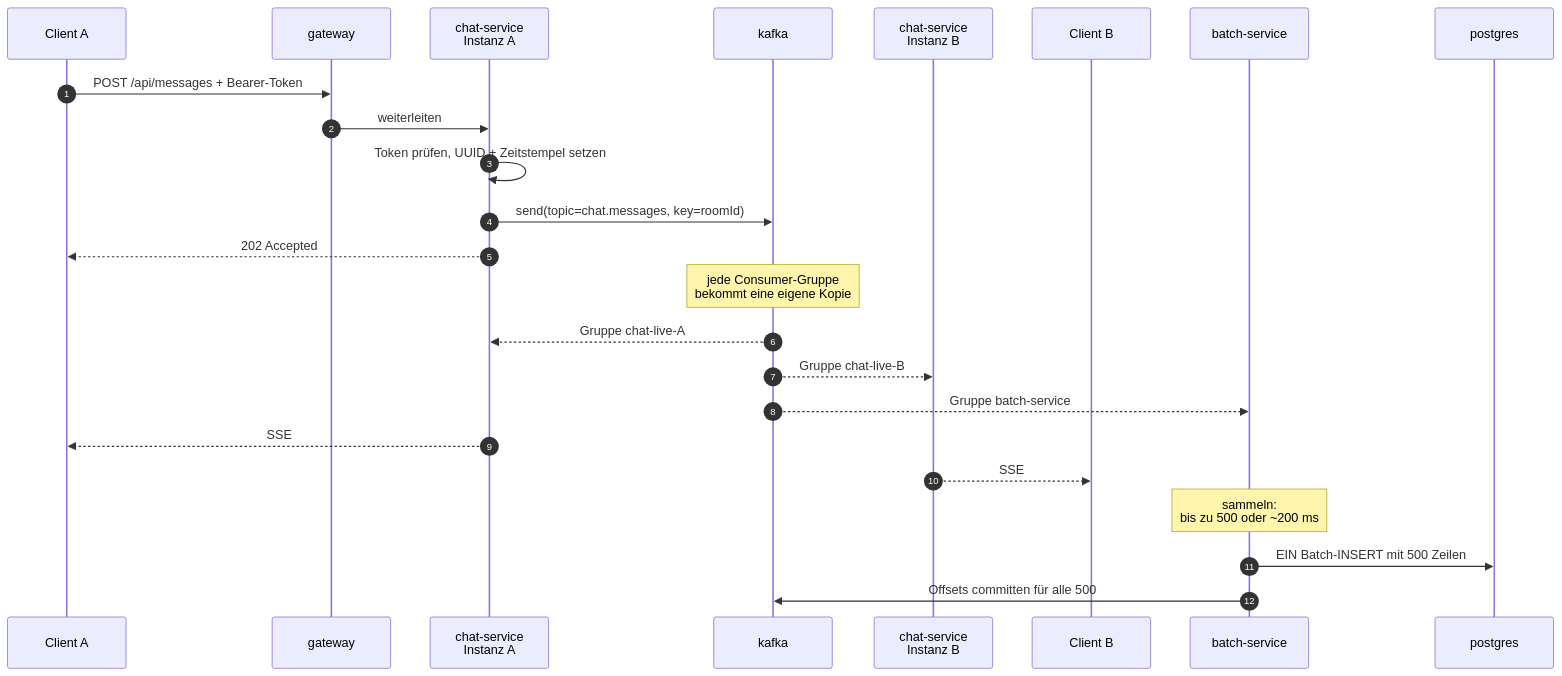
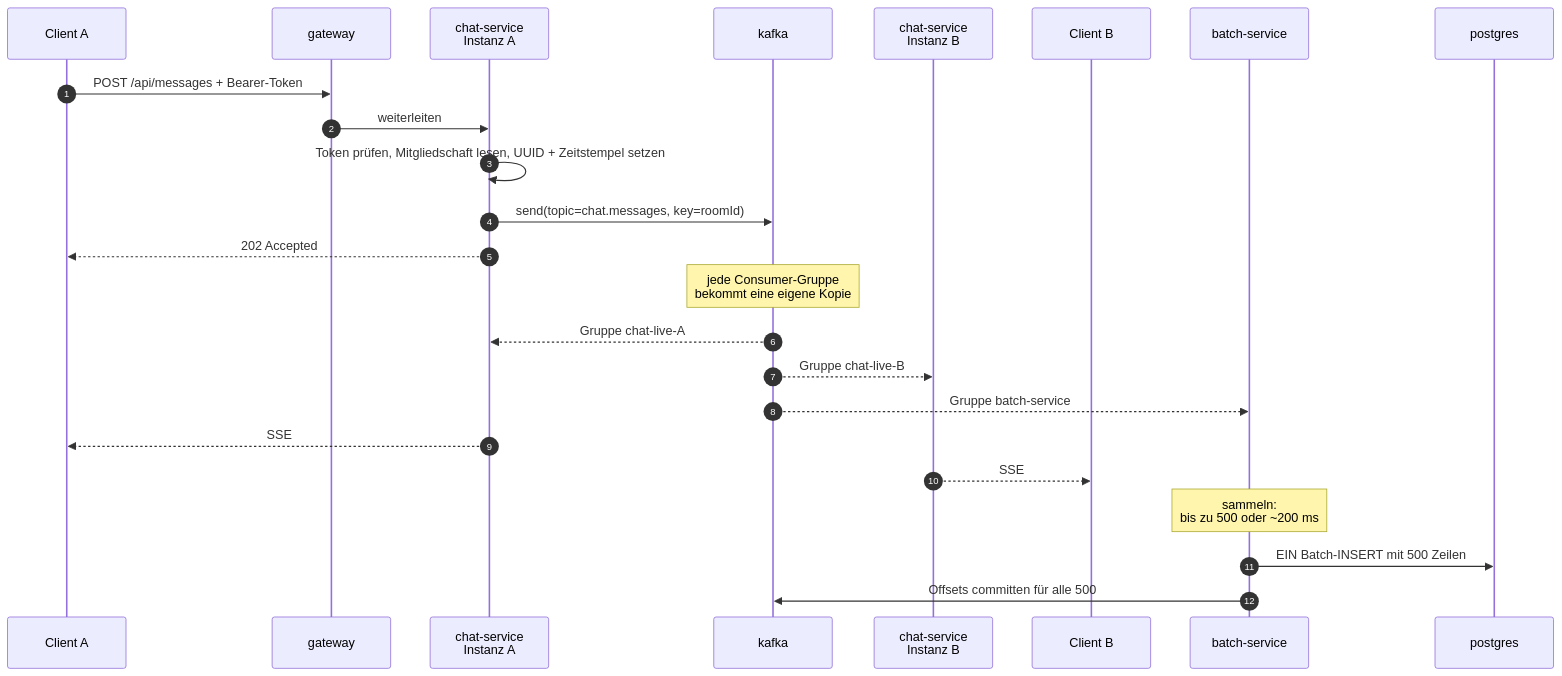
The second of 3 diagrams in PLANUNG.md (BlerjonAsllani/it3b-m321), drawn with Mermaid before and after one commit. The commit also changed other lines of this file and 12 other files, not shown here.

````diff
--- a/PLANUNG.md
+++ b/PLANUNG.md
@@ -117,27 +117,27 @@
 ```mermaid
 sequenceDiagram
   autonumber
   participant C as Client A
   participant G as gateway
   participant A as chat-service<br/>Instanz A
   participant K as kafka
   participant B as chat-service<br/>Instanz B
   participant C2 as Client B
   participant BS as batch-service
   participant DB as postgres
 
   C->>G: POST /api/messages + Bearer-Token
   G->>A: weiterleiten
-  A->>A: Token prüfen, UUID + Zeitstempel setzen
+  A->>A: Token prüfen, Mitgliedschaft lesen, UUID + Zeitstempel setzen
   A->>K: send(topic=chat.messages, key=roomId)
   A-->>C: 202 Accepted
   Note over K: jede Consumer-Gruppe<br/>bekommt eine eigene Kopie
   K-->>A: Gruppe chat-live-A
   K-->>B: Gruppe chat-live-B
   K-->>BS: Gruppe batch-service
   A-->>C: SSE
   B-->>C2: SSE
   Note over BS: sammeln:<br/>bis zu 500 oder ~200 ms
   BS->>DB: EIN Batch-INSERT mit 500 Zeilen
   BS->>K: Offsets committen für alle 500
 ```
````
